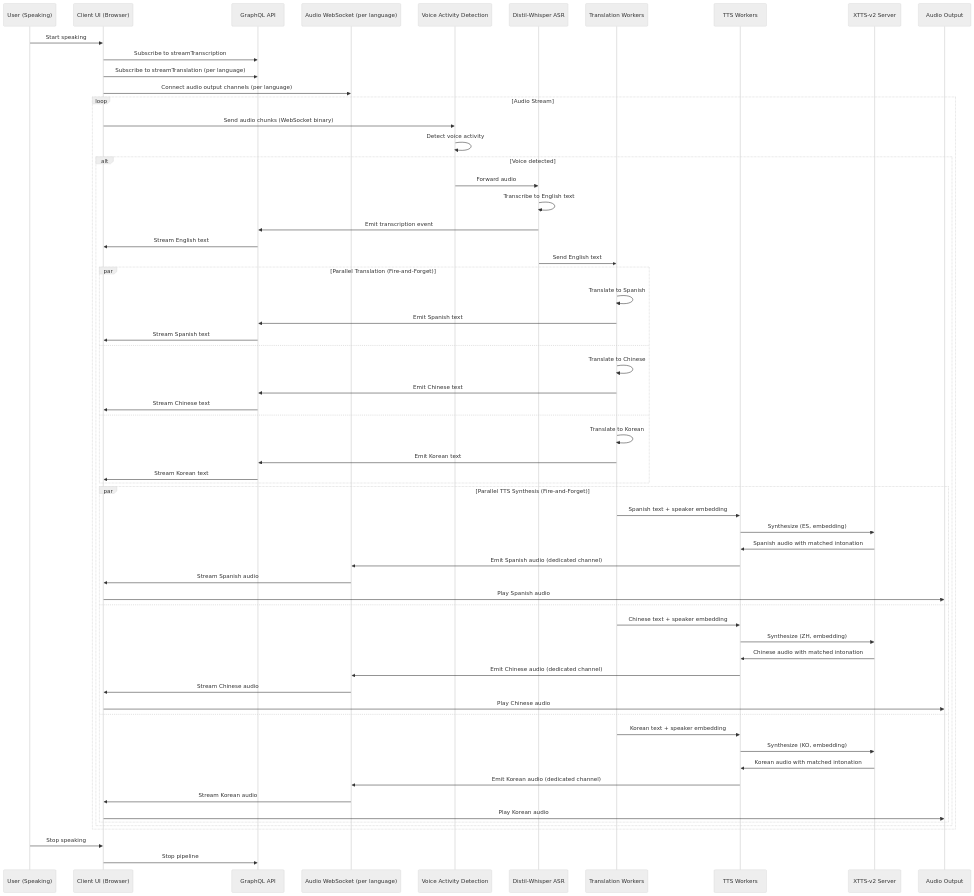
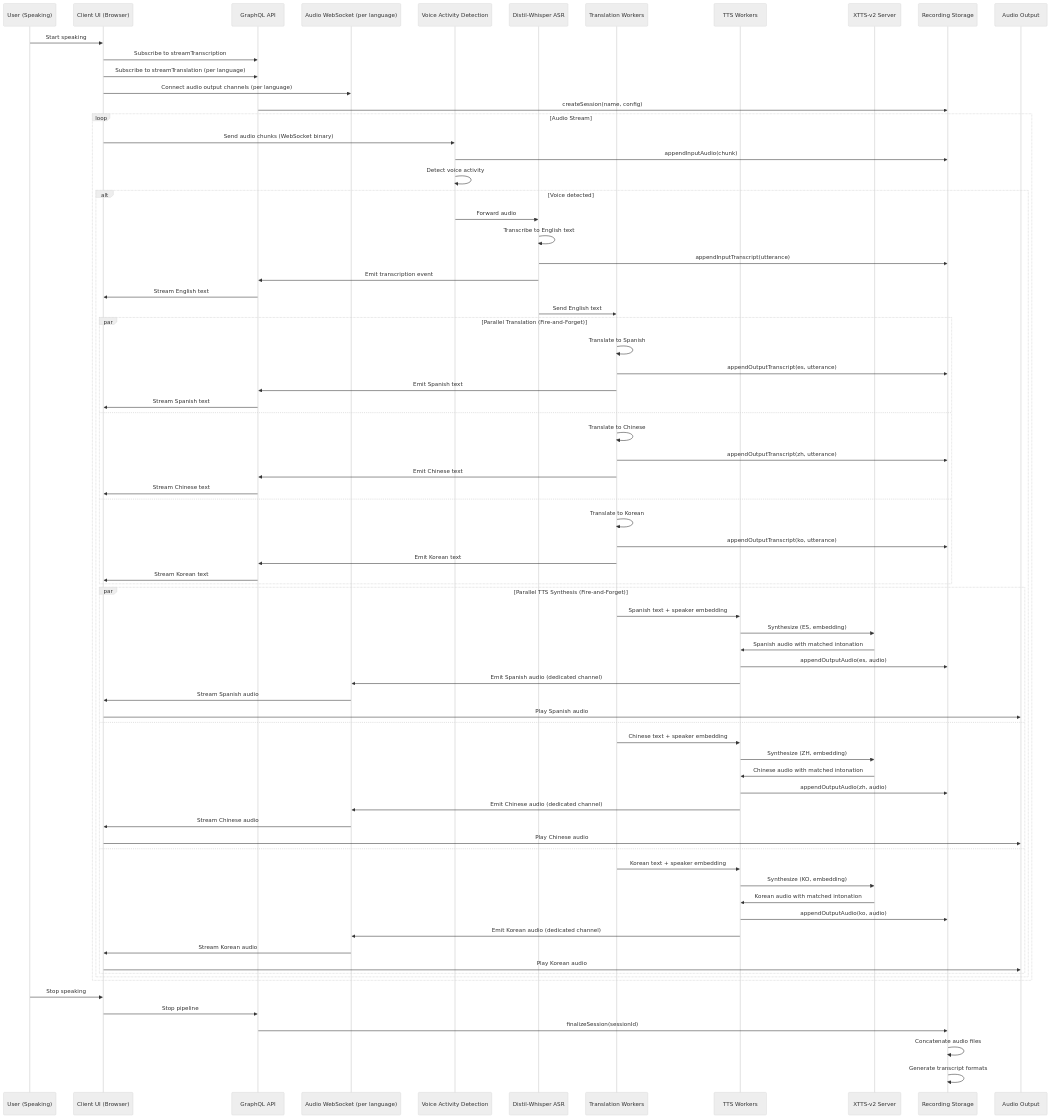
One commit to naturally-translate/voice-bridge changed the second of 18 diagrams in plans/project-plan.md. Above: the diagram before and after it, drawn with Mermaid (neutral theme). The commit also changed other lines of this file and 1 other file, not shown here.

First line of the commit message:
Refine plan with audio completion and final result persistence

````diff
--- a/plans/project-plan.md
+++ b/plans/project-plan.md
@@ -163,20 +174,24 @@
     participant T as Translation Workers
     participant TTS as TTS Workers
     participant XTTS as XTTS-v2 Server
+    participant RS as Recording Storage
     participant Audio as Audio Output
 
     U->>UI: Start speaking
     UI->>API: Subscribe to streamTranscription
     UI->>API: Subscribe to streamTranslation (per language)
     UI->>AudioWS: Connect audio output channels (per language)
+    API->>RS: createSession(name, config)
 
     loop Audio Stream
         UI->>VAD: Send audio chunks (WebSocket binary)
+        VAD->>RS: appendInputAudio(chunk)
         VAD->>VAD: Detect voice activity
 
         alt Voice detected
             VAD->>ASR: Forward audio
             ASR->>ASR: Transcribe to English text
+            ASR->>RS: appendInputTranscript(utterance)
             ASR->>API: Emit transcription event
             API->>UI: Stream English text
 
@@ -184,14 +199,17 @@
 
             par Parallel Translation (Fire-and-Forget)
                 T->>T: Translate to Spanish
+                T->>RS: appendOutputTranscript(es, utterance)
                 T->>API: Emit Spanish text
                 API->>UI: Stream Spanish text
             and
                 T->>T: Translate to Chinese
+                T->>RS: appendOutputTranscript(zh, utterance)
                 T->>API: Emit Chinese text
                 API->>UI: Stream Chinese text
             and
                 T->>T: Translate to Korean
+                T->>RS: appendOutputTranscript(ko, utterance)
                 T->>API: Emit Korean text
                 API->>UI: Stream Korean text
             end
@@ -200,6 +218,7 @@
                 T->>TTS: Spanish text + speaker embedding
                 TTS->>XTTS: Synthesize (ES, embedding)
                 XTTS->>TTS: Spanish audio with matched intonation
+                TTS->>RS: appendOutputAudio(es, audio)
                 TTS->>AudioWS: Emit Spanish audio (dedicated channel)
                 AudioWS->>UI: Stream Spanish audio
                 UI->>Audio: Play Spanish audio
@@ -207,6 +226,7 @@
                 T->>TTS: Chinese text + speaker embedding
                 TTS->>XTTS: Synthesize (ZH, embedding)
                 XTTS->>TTS: Chinese audio with matched intonation
+                TTS->>RS: appendOutputAudio(zh, audio)
                 TTS->>AudioWS: Emit Chinese audio (dedicated channel)
                 AudioWS->>UI: Stream Chinese audio
                 UI->>Audio: Play Chinese audio
@@ -214,6 +234,7 @@
                 T->>TTS: Korean text + speaker embedding
                 TTS->>XTTS: Synthesize (KO, embedding)
                 XTTS->>TTS: Korean audio with matched intonation
+                TTS->>RS: appendOutputAudio(ko, audio)
                 TTS->>AudioWS: Emit Korean audio (dedicated channel)
                 AudioWS->>UI: Stream Korean audio
                 UI->>Audio: Play Korean audio
@@ -223,4 +244,7 @@
 
     U->>UI: Stop speaking
     UI->>API: Stop pipeline
+    API->>RS: finalizeSession(sessionId)
+    RS->>RS: Concatenate audio files
+    RS->>RS: Generate transcript formats
 ```
````
